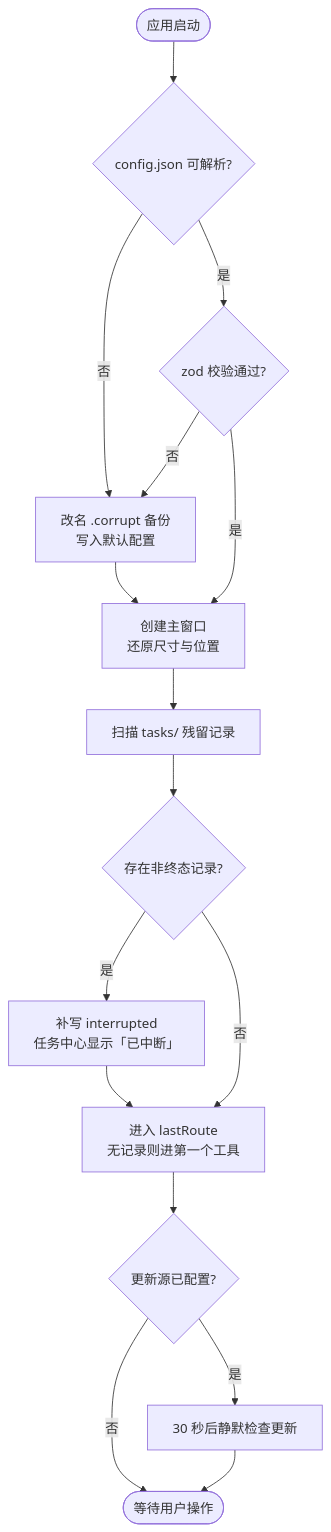
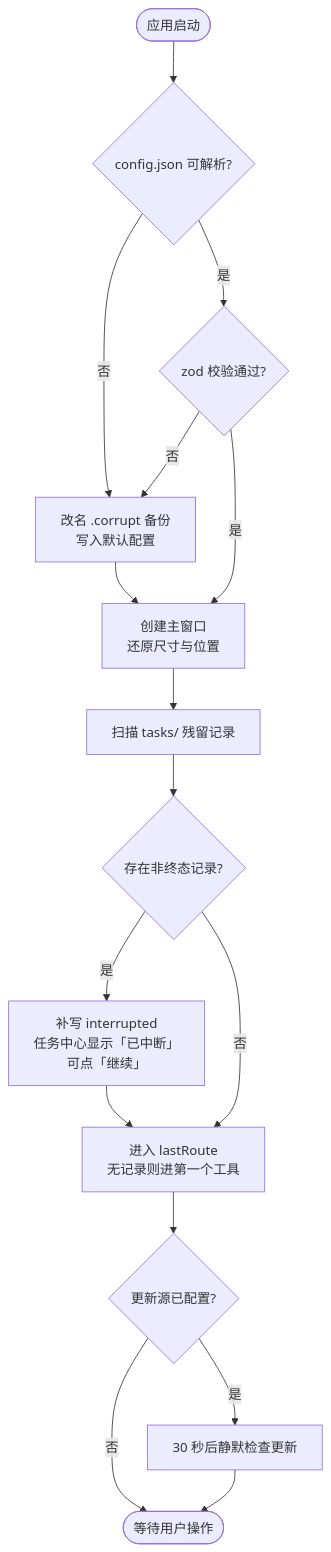
The second of 5 diagrams in shx-tools-UI设计规范.md (lynusx/shx-tools-app), drawn with Mermaid before and after one commit. The commit also changed other lines of this file and 4 other files, not shown here.

````diff
--- a/shx-tools-UI设计规范.md
+++ b/shx-tools-UI设计规范.md
@@ -161,18 +163,18 @@
 ```mermaid
 flowchart TD
   A(["应用启动"]) --> B{"config.json 可解析?"}
   B -- 否 --> B1["改名 .corrupt 备份<br/>写入默认配置"]
   B -- 是 --> C{"zod 校验通过?"}
   C -- 否 --> B1
   C -- 是 --> D["创建主窗口<br/>还原尺寸与位置"]
   B1 --> D
   D --> E["扫描 tasks/ 残留记录"]
   E --> F{"存在非终态记录?"}
-  F -- 是 --> F1["补写 interrupted<br/>任务中心显示「已中断」"]
+  F -- 是 --> F1["补写 interrupted<br/>任务中心显示「已中断」<br/>可点「继续」"]
   F -- 否 --> G["进入 lastRoute<br/>无记录则进第一个工具"]
   F1 --> G
   G --> H{"更新源已配置?"}
   H -- 否 --> Z(["等待用户操作"])
   H -- 是 --> I["30 秒后静默检查更新"]
   I --> Z
 ```
````
